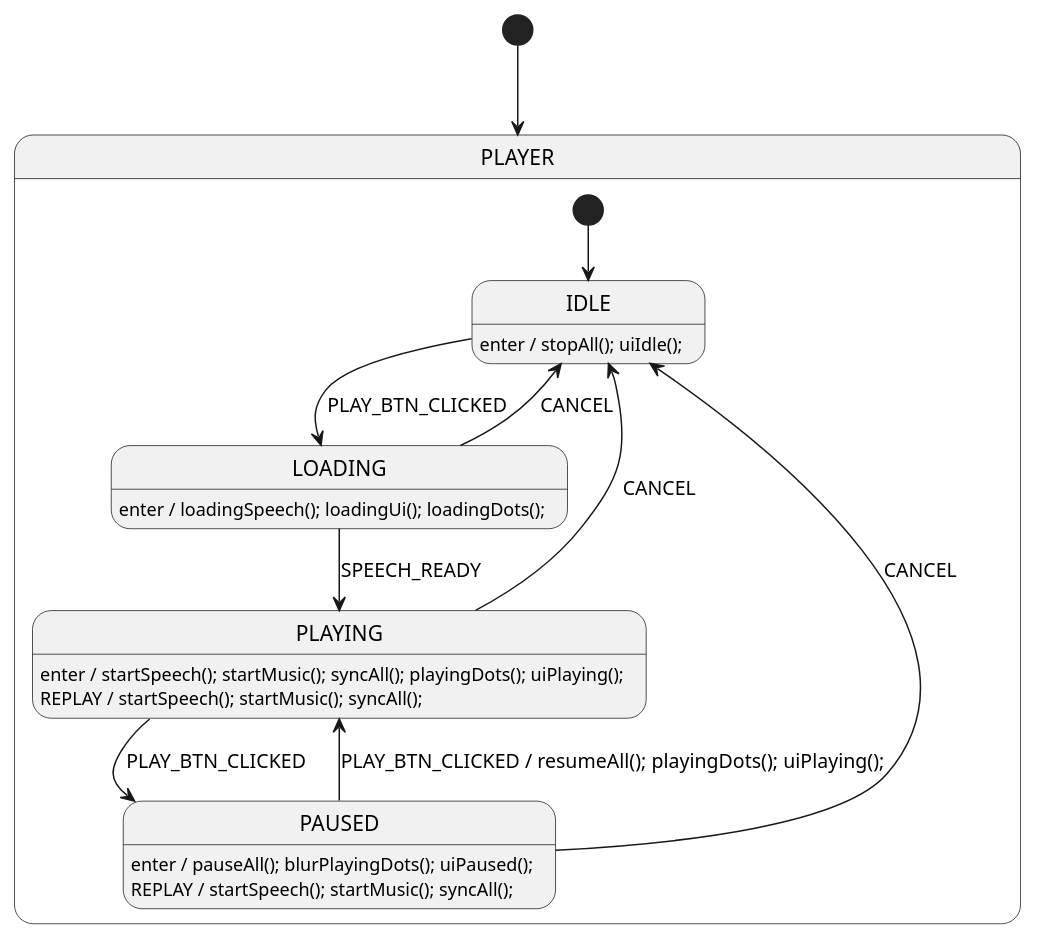
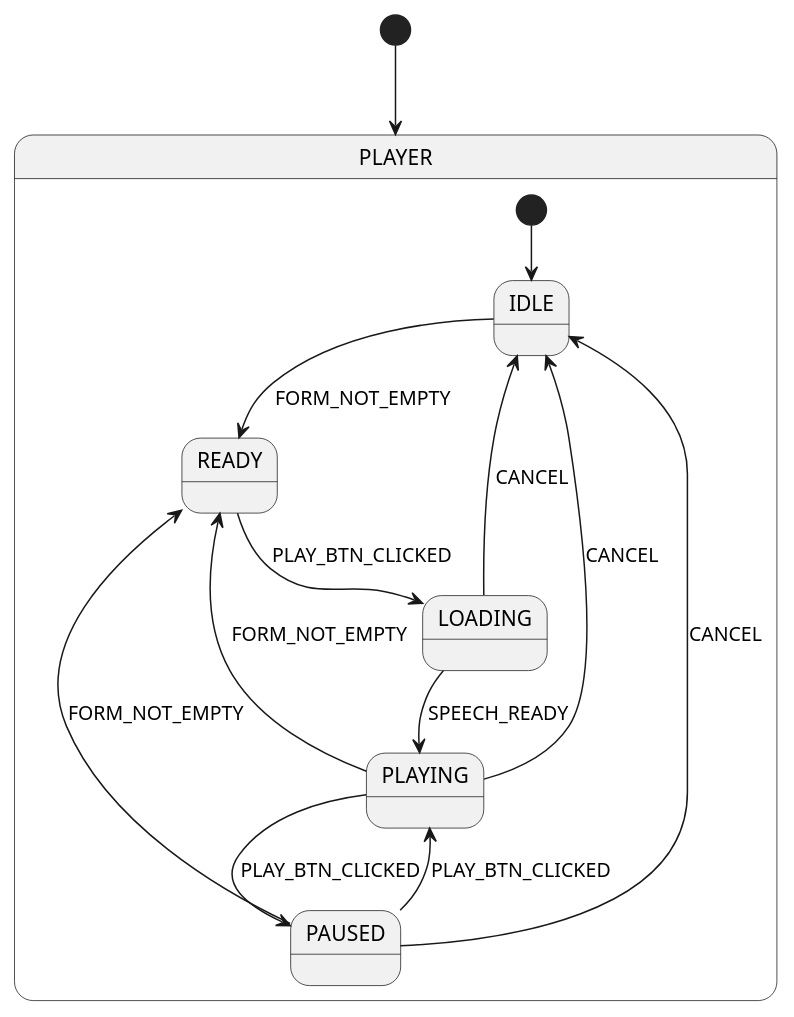
Before and after one commit to grannygoestoheaven/teller: the diagram in static/js/audio_sm.plantuml, drawn with PlantUML. The commit also changed 30 other files, not shown here.

Commit message:
clean declarative uml file

```diff
--- a/static/js/audio_sm.plantuml
+++ b/static/js/audio_sm.plantuml
@@ -1,38 +1,34 @@
 @startuml AudioSm
 [*] --> PLAYER
 
 state PLAYER {
     [*] --> IDLE
 
     state IDLE
+    state READY
     state LOADING <<dark>>
     state PLAYING <<red>>
     state PAUSED <<blue>>
 
-    '############################ handlers ############################
-    IDLE: enter / stopAll(); uiIdle();
-    LOADING: enter / loadingSpeech(); loadingUi(); loadingDots();
-    PLAYING: enter / startSpeech(); startMusic(); syncAll(); playingDots(); uiPlaying();
-    PAUSED: enter / pauseAll(); blurPlayingDots(); uiPaused();
+    '############################ transitions ############################
+    
+    IDLE --> READY : FORM_NOT_EMPTY
 
-    '############################ transitions ############################
-    ' Single button controls
-    IDLE --> LOADING : PLAY_BTN_CLICKED
+    READY --> LOADING : PLAY_BTN_CLICKED
+
     LOADING --> PLAYING : SPEECH_READY
+    LOADING --> IDLE : CANCEL
+
     PLAYING --> PAUSED : PLAY_BTN_CLICKED
-    PAUSED --> PLAYING : PLAY_BTN_CLICKED / resumeAll(); playingDots(); uiPlaying();
+    PLAYING --> READY : FORM_NOT_EMPTY
+    PLAYING --> IDLE : CANCEL
 
-    '############################ soft controls ############################
-    PLAYING : REPLAY / startSpeech(); startMusic(); syncAll();
-    PAUSED  : REPLAY / startSpeech(); startMusic(); syncAll();
-    
-    ' Stop / cancel transitions
-    LOADING --> IDLE : CANCEL
-    PLAYING --> IDLE : CANCEL
+    PAUSED --> PLAYING : PLAY_BTN_CLICKED
+    PAUSED --> READY : FORM_NOT_EMPTY
     PAUSED --> IDLE : CANCEL
 }
 
 /'! $CONFIG : toml
 SmRunnerSettings.transpilerId = "JavaScript"
 '/
 @enduml
```
